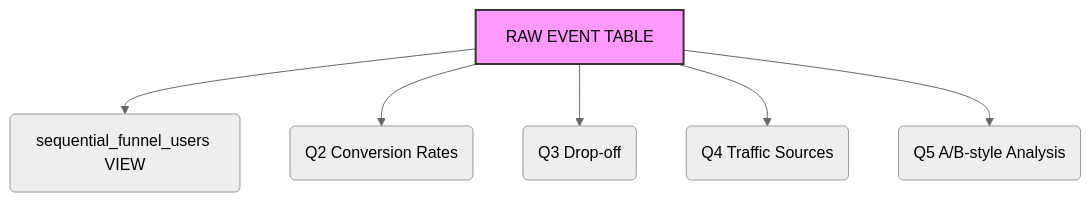
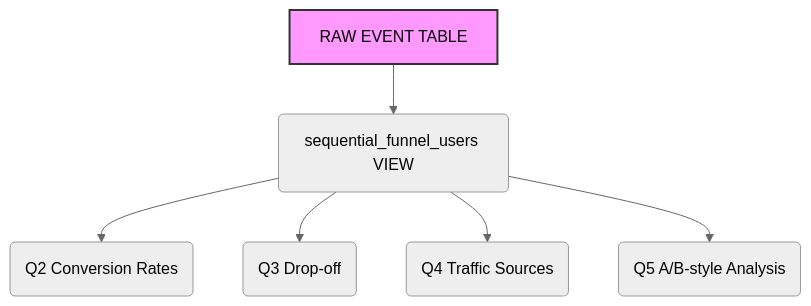
One commit to Adityayan/ecommerce-funnel-analysis changed the diagram in README.md. Above: the diagram before and after it, drawn with Mermaid (neutral theme).

Commit message:
Revise flowchart connections in README
Updated flowchart to show connections from sequential_funnel_users view to various analyses.

````diff
--- a/README.md
+++ b/README.md
@@ -3,11 +3,11 @@
 ```mermaid
 flowchart TD
 ReadMe[RAW EVENT TABLE] --> A(sequential_funnel_users VIEW)
-    ReadMe-->B(Q2 Conversion Rates)
-    ReadMe-->C(Q3 Drop-off)
-    ReadMe-->D(Q4 Traffic Sources)
-    ReadMe-->E(Q5 A/B-style Analysis)
+   A(sequential_funnel_users VIEW)-->B(Q2 Conversion Rates)
+    A(sequential_funnel_users VIEW)-->C(Q3 Drop-off)
+   A(sequential_funnel_users VIEW)-->D(Q4 Traffic Sources)
+    A(sequential_funnel_users VIEW)-->E(Q5 A/B-style Analysis)
     
     style ReadMe fill:#f9f,stroke:#333,stroke-width:2px
     
 ```
````
